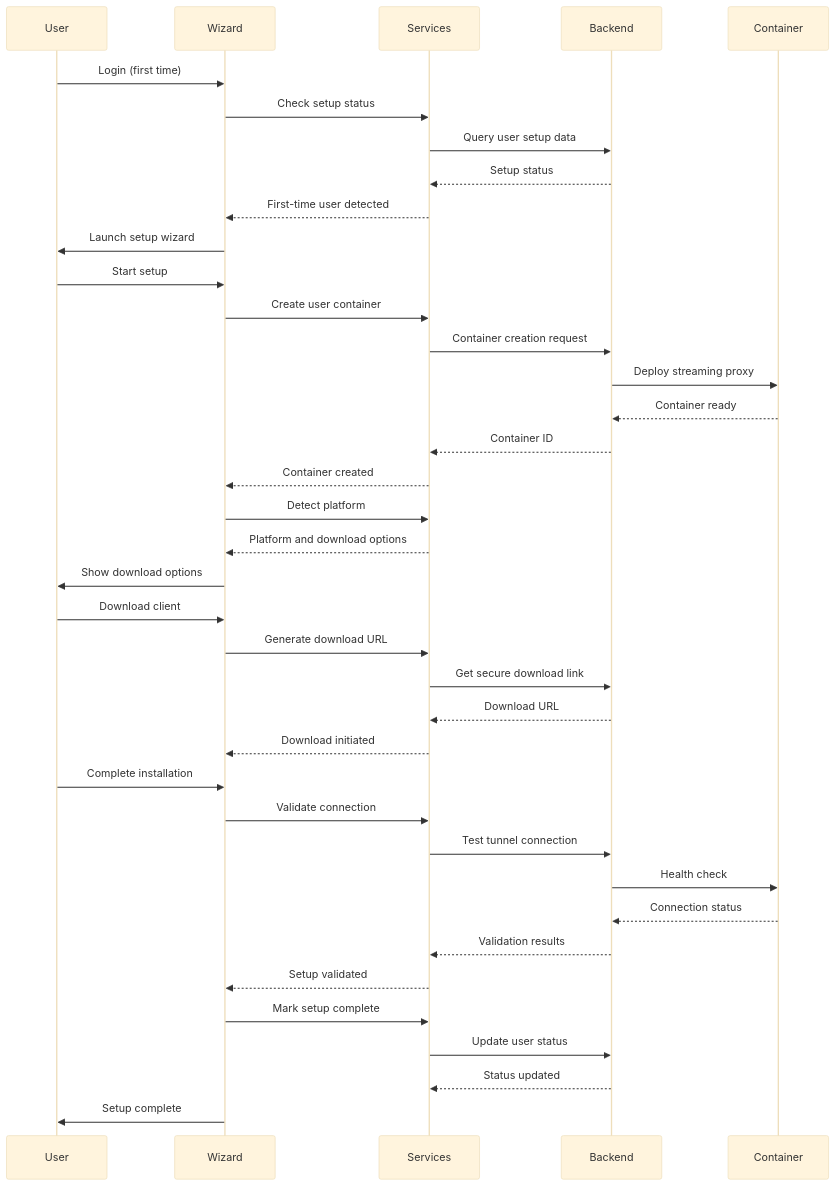
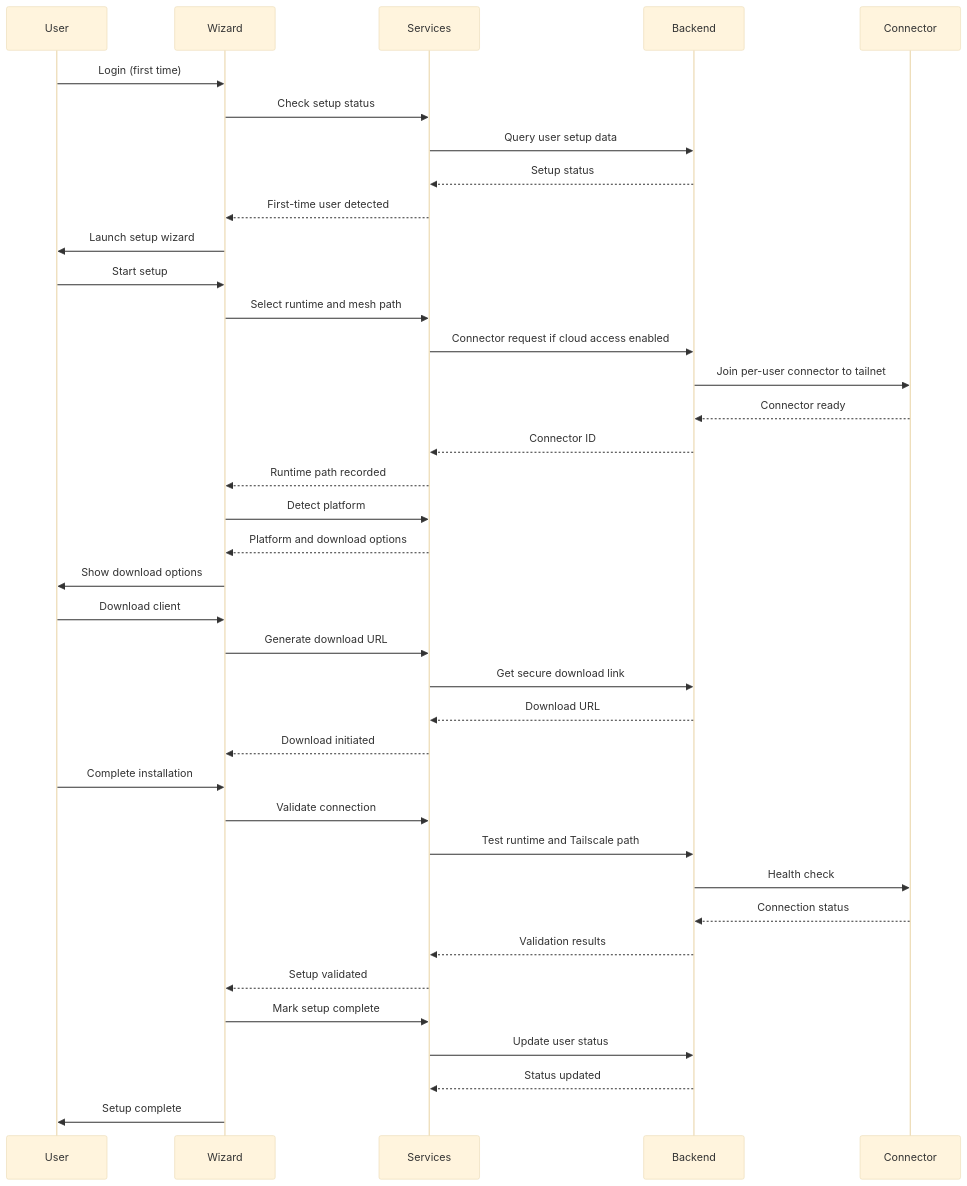
One commit to imrightguy/CloudToLocalLLM changed the diagram in docs/development/features/FIRST_TIME_SETUP_WIZARD.md. Above: the diagram before and after it, drawn with Mermaid (base theme). The commit also changed other lines of this file and 41 other files, not shown here.

````diff
--- a/docs/development/features/FIRST_TIME_SETUP_WIZARD.md
+++ b/docs/development/features/FIRST_TIME_SETUP_WIZARD.md
@@ -82,46 +84,46 @@
 ```mermaid
 sequenceDiagram
     participant U as User
     participant W as Wizard
     participant S as Services
     participant B as Backend
-    participant C as Container
+    participant C as Connector
 
     U->>W: Login (first time)
     W->>S: Check setup status
     S->>B: Query user setup data
     B-->>S: Setup status
     S-->>W: First-time user detected
     W->>U: Launch setup wizard
     
     U->>W: Start setup
-    W->>S: Create user container
-    S->>B: Container creation request
-    B->>C: Deploy streaming proxy
-    C-->>B: Container ready
-    B-->>S: Container ID
-    S-->>W: Container created
+    W->>S: Select runtime and mesh path
+    S->>B: Connector request if cloud access enabled
+    B->>C: Join per-user connector to tailnet
+    C-->>B: Connector ready
+    B-->>S: Connector ID
+    S-->>W: Runtime path recorded
     
     W->>S: Detect platform
     S-->>W: Platform and download options
     W->>U: Show download options
     
     U->>W: Download client
     W->>S: Generate download URL
     S->>B: Get secure download link
     B-->>S: Download URL
     S-->>W: Download initiated
     
     U->>W: Complete installation
     W->>S: Validate connection
-    S->>B: Test tunnel connection
+    S->>B: Test runtime and Tailscale path
     B->>C: Health check
     C-->>B: Connection status
     B-->>S: Validation results
     S-->>W: Setup validated
     
     W->>S: Mark setup complete
     S->>B: Update user status
     B-->>S: Status updated
     W->>U: Setup complete
 ```
````
